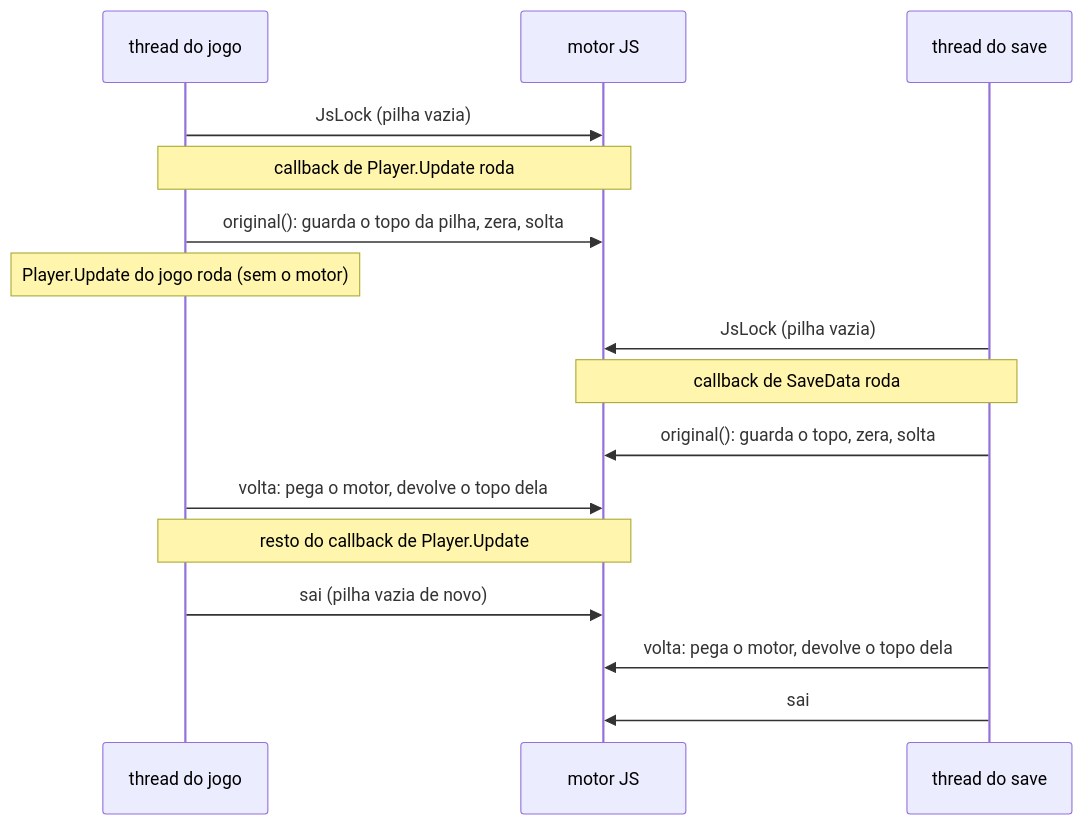
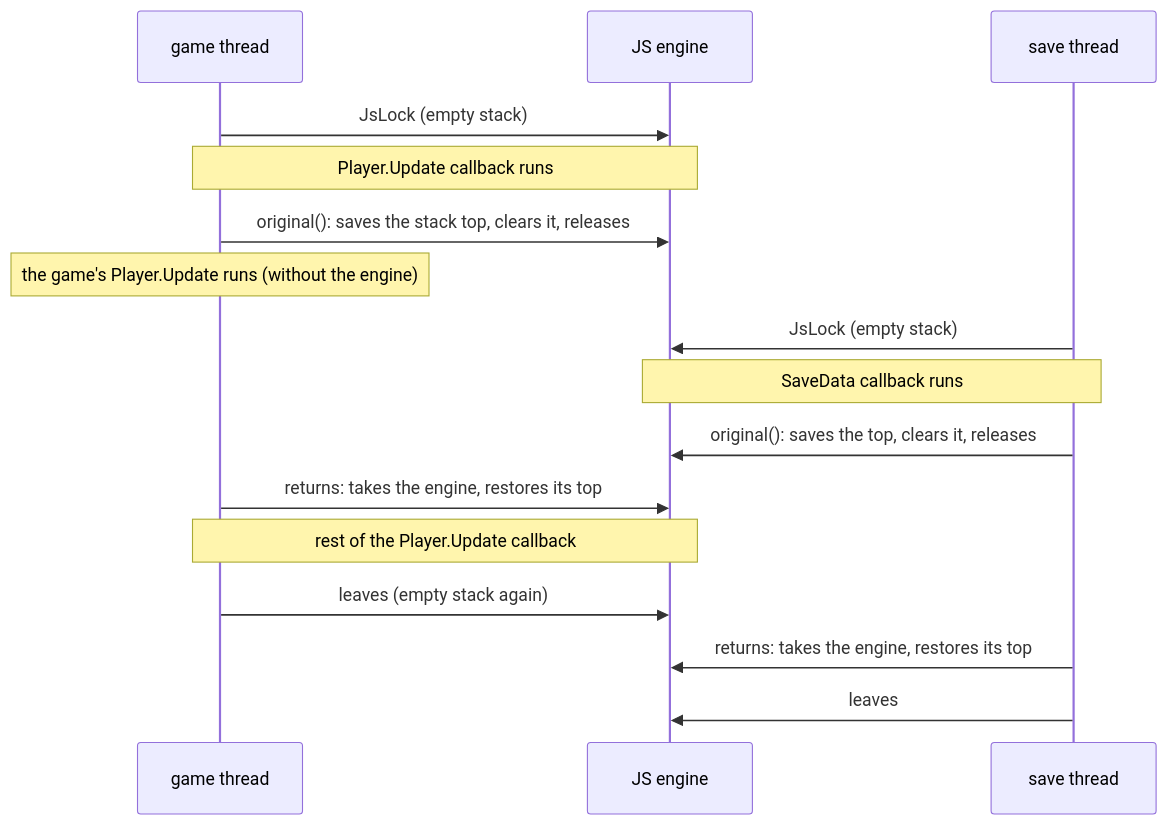
One commit to MantovaniDevTrue/Bunnyloader-Csharp changed the diagram in Split/Bunny-Loader/docs/nucleo/threads-e-motor-js.md. Above: the diagram before and after it, drawn with Mermaid. The commit also changed other lines of this file and 2171 other files, not shown here.

````diff
--- a/Split/Bunny-Loader/docs/nucleo/threads-e-motor-js.md
+++ b/Split/Bunny-Loader/docs/nucleo/threads-e-motor-js.md
@@ -121,18 +123,18 @@
 ```mermaid
 sequenceDiagram
-    participant J as thread do jogo
-    participant M as motor JS
-    participant S as thread do save
-    J->>M: JsLock (pilha vazia)
-    Note over J,M: callback de Player.Update roda
-    J->>M: original(): guarda o topo da pilha, zera, solta
-    Note over J: Player.Update do jogo roda (sem o motor)
-    S->>M: JsLock (pilha vazia)
-    Note over S,M: callback de SaveData roda
-    S->>M: original(): guarda o topo, zera, solta
-    J->>M: volta: pega o motor, devolve o topo dela
-    Note over J,M: resto do callback de Player.Update
-    J->>M: sai (pilha vazia de novo)
-    S->>M: volta: pega o motor, devolve o topo dela
-    S->>M: sai
+    participant J as game thread
+    participant M as JS engine
+    participant S as save thread
+    J->>M: JsLock (empty stack)
+    Note over J,M: Player.Update callback runs
+    J->>M: original(): saves the stack top, clears it, releases
+    Note over J: the game's Player.Update runs (without the engine)
+    S->>M: JsLock (empty stack)
+    Note over S,M: SaveData callback runs
+    S->>M: original(): saves the top, clears it, releases
+    J->>M: returns: takes the engine, restores its top
+    Note over J,M: rest of the Player.Update callback
+    J->>M: leaves (empty stack again)
+    S->>M: returns: takes the engine, restores its top
+    S->>M: leaves
 ```
````
